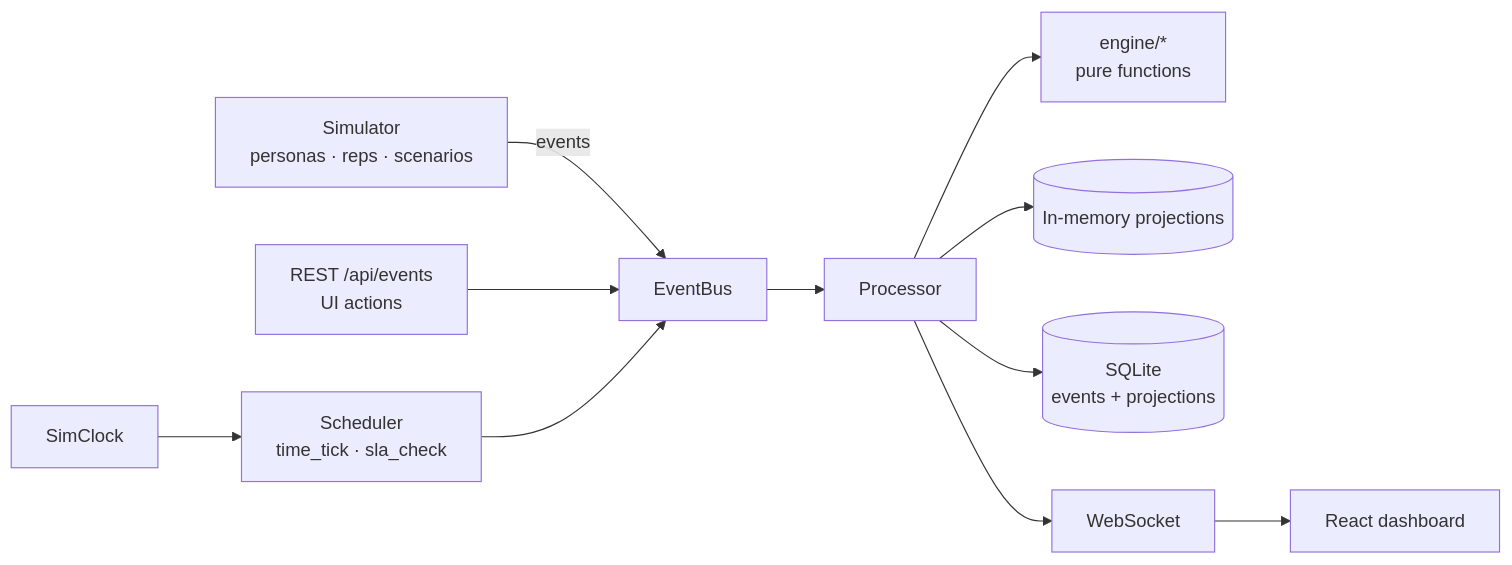
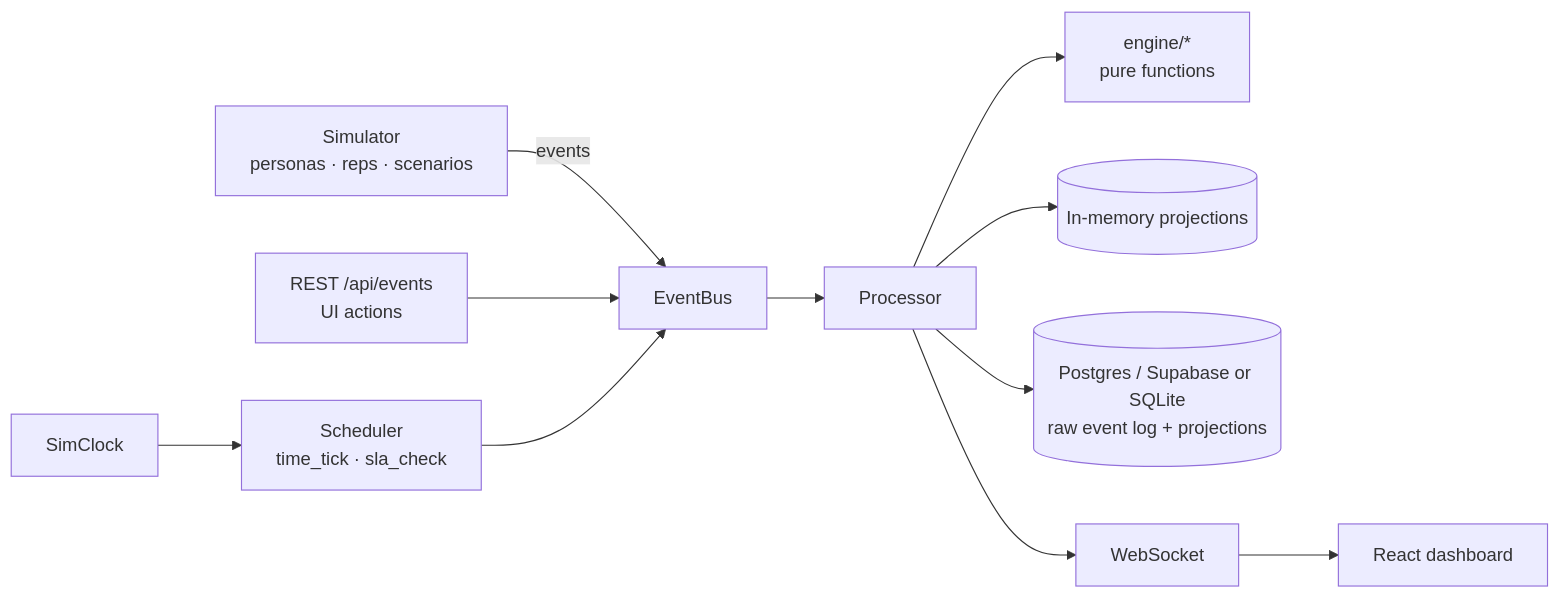
The third of 3 diagrams in README.md (im-notpranav/LeadPilot), drawn with Mermaid before and after one commit. The commit also changed other lines of this file and 15 other files, not shown here.

First line of the commit message:
Phase 1: Supabase Postgres persistence

````diff
--- a/README.md
+++ b/README.md
@@ -216,12 +218,12 @@
 ```mermaid
 flowchart LR
   SIM[Simulator<br/>personas · reps · scenarios] -->|events| BUS[EventBus]
   API[REST /api/events<br/>UI actions] --> BUS
   SCH[Scheduler<br/>time_tick · sla_check] --> BUS
   CLK[SimClock] --> SCH
   BUS --> P[Processor]
   P --> ENG[engine/*<br/>pure functions]
   P --> STORE[(In-memory projections)]
-  P --> DB[(SQLite<br/>events + projections)]
+  P --> DB[(Postgres / Supabase or SQLite<br/>raw event log + projections)]
   P --> WS[WebSocket] --> UI[React dashboard]
 ```
````
